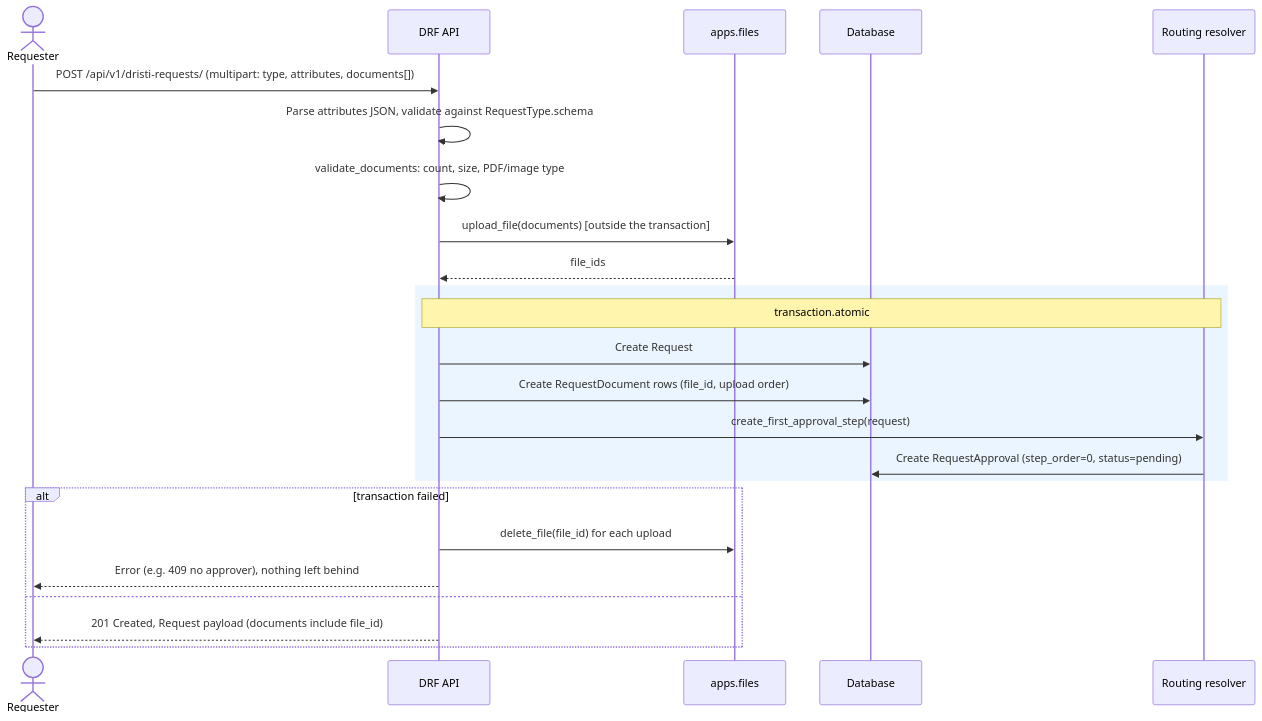
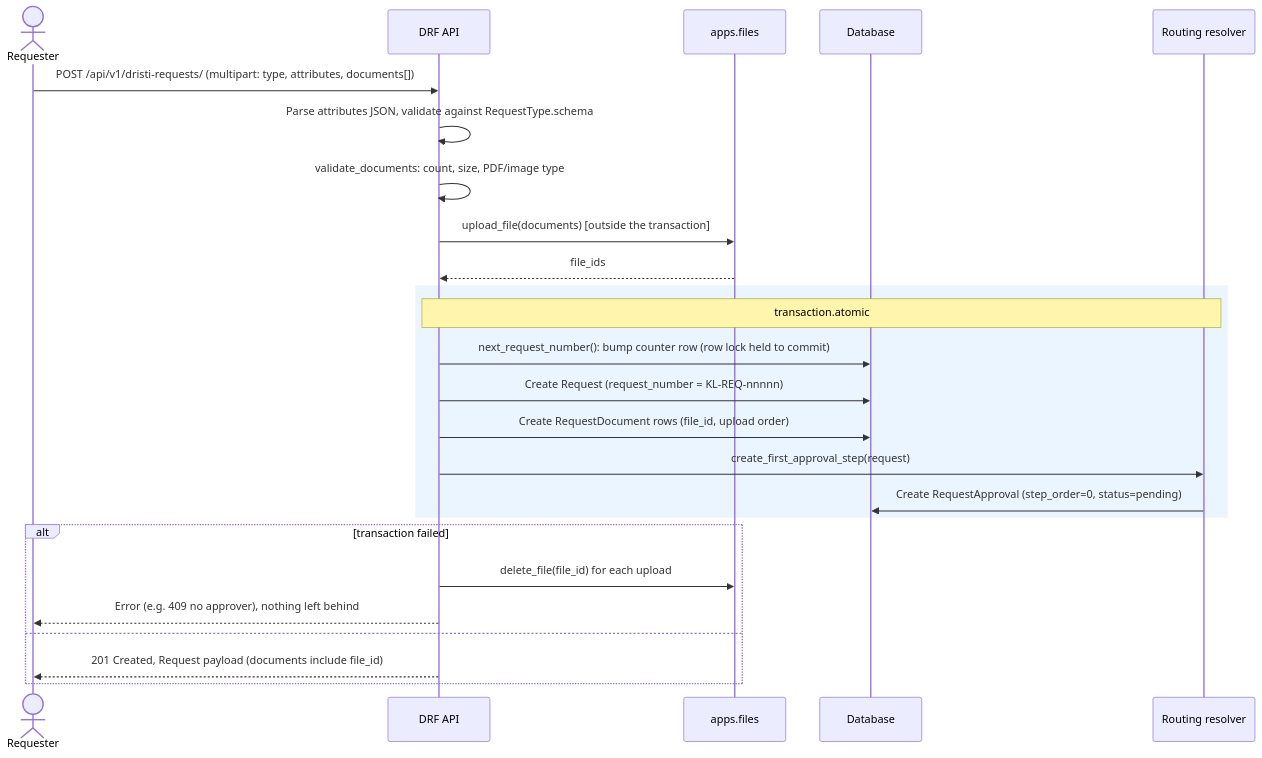
One commit to pucardotorg/dristi-be changed the fifth of 8 diagrams in spec/0010-simple-requests-flow.md. Above: the diagram before and after it, drawn with Mermaid. The commit also changed other lines of this file and 15 other files, not shown here.

Commit message:
Added human readable request_number to the request

````diff
--- a/spec/0010-simple-requests-flow.md
+++ b/spec/0010-simple-requests-flow.md
@@ -388,27 +561,28 @@
 ```mermaid
 sequenceDiagram
     actor U as Requester
     participant API as DRF API
     participant F as apps.files
     participant DB as Database
     participant R as Routing resolver
 
     U->>API: POST /api/v1/dristi-requests/ (multipart: type, attributes, documents[])
     API->>API: Parse attributes JSON, validate against RequestType.schema
     API->>API: validate_documents: count, size, PDF/image type
     API->>F: upload_file(documents) [outside the transaction]
     F-->>API: file_ids
     rect rgb(235, 245, 255)
     note over API,R: transaction.atomic
-    API->>DB: Create Request
+    API->>DB: next_request_number(): bump counter row (row lock held to commit)
+    API->>DB: Create Request (request_number = KL-REQ-nnnnn)
     API->>DB: Create RequestDocument rows (file_id, upload order)
     API->>R: create_first_approval_step(request)
     R->>DB: Create RequestApproval (step_order=0, status=pending)
     end
     alt transaction failed
         API->>F: delete_file(file_id) for each upload
         API-->>U: Error (e.g. 409 no approver), nothing left behind
     else
         API-->>U: 201 Created, Request payload (documents include file_id)
     end
 ```
````
